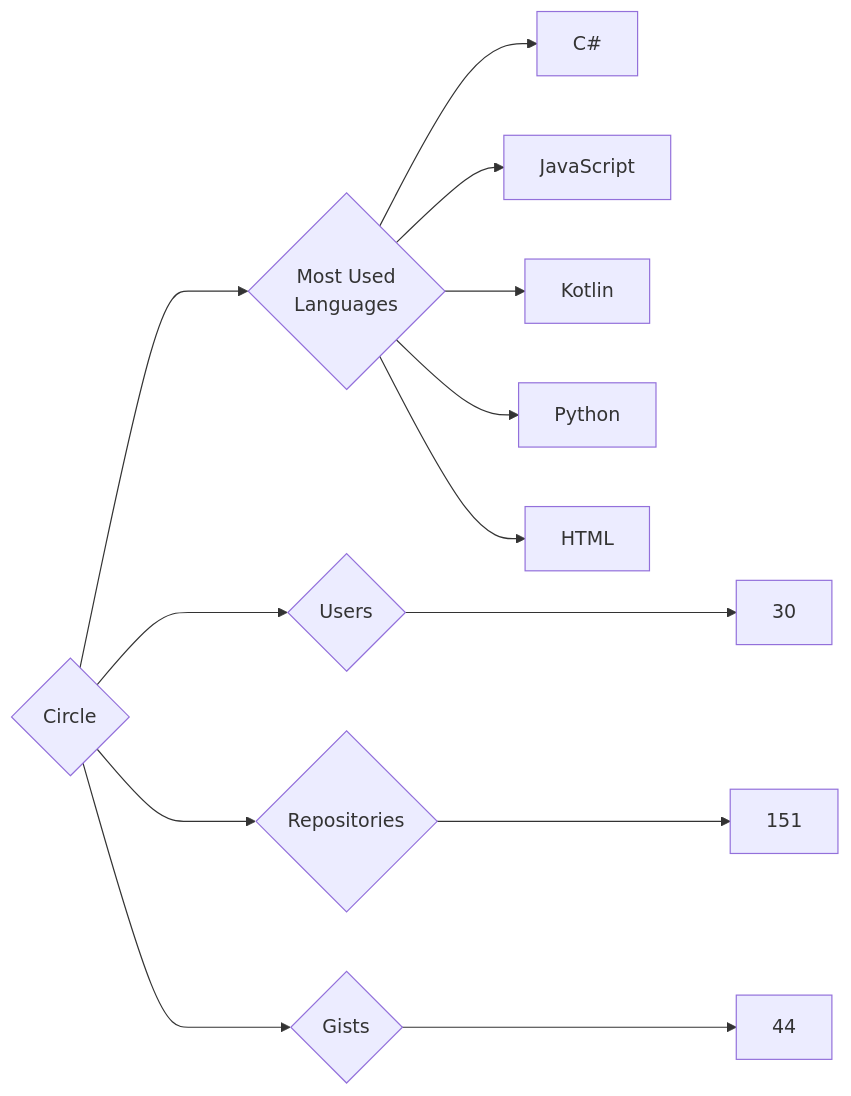
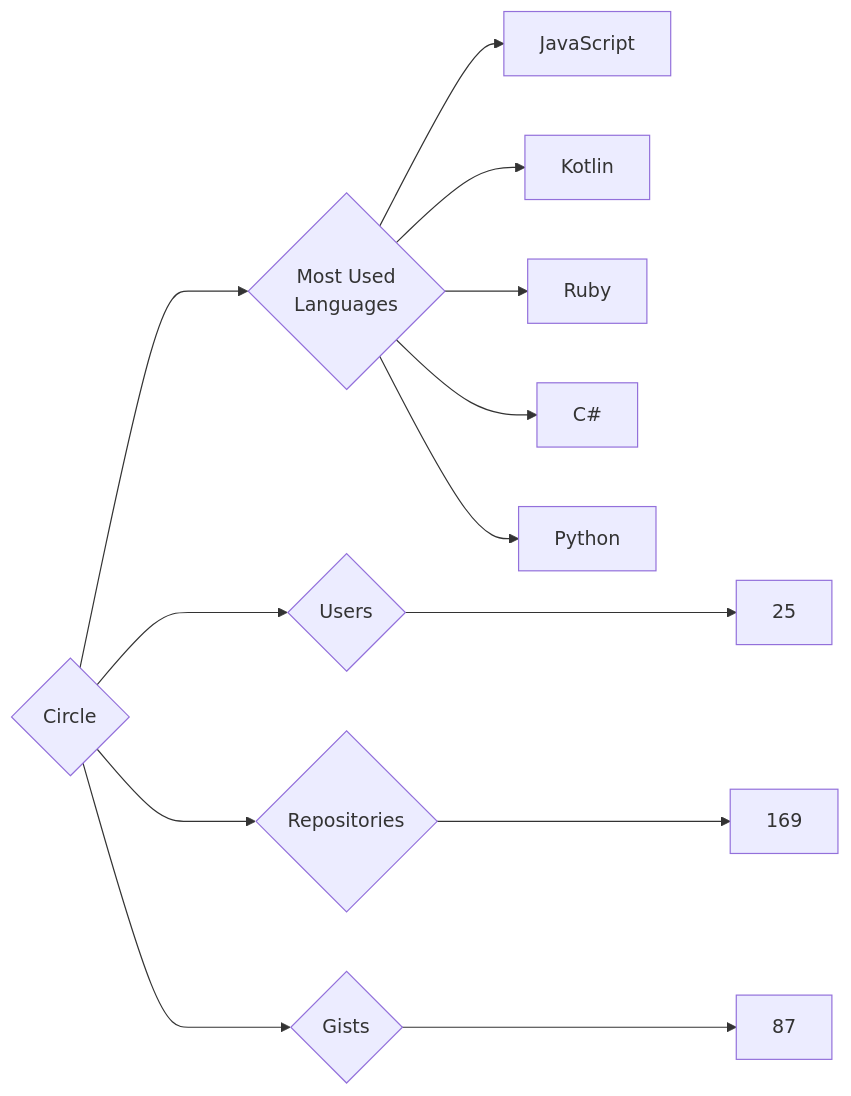
One commit to trickest/insiders changed the diagram in targets/Circle/README.md. Above: the diagram before and after it, drawn with Mermaid. The commit also changed 930 other files, not shown here.

````diff
--- a/targets/Circle/README.md
+++ b/targets/Circle/README.md
@@ -3,13 +3,13 @@
 ```mermaid
 graph LR
 COMPANY_NAME{Circle}
-COMPANY_NAME ---> U{Users} ---> UN[30]
-COMPANY_NAME ---> R{Repositories} ---> RN[151]
-COMPANY_NAME ---> G{Gists} ---> GN[44]
+COMPANY_NAME ---> U{Users} ---> UN[25]
+COMPANY_NAME ---> R{Repositories} ---> RN[169]
+COMPANY_NAME ---> G{Gists} ---> GN[87]
 COMPANY_NAME ---> ML{Most Used<br>Languages}
-ML --> C#[C#]
 ML --> JavaScript[JavaScript]
 ML --> Kotlin[Kotlin]
+ML --> Ruby[Ruby]
+ML --> C#[C#]
 ML --> Python[Python]
-ML --> HTML[HTML]
 ```
````
